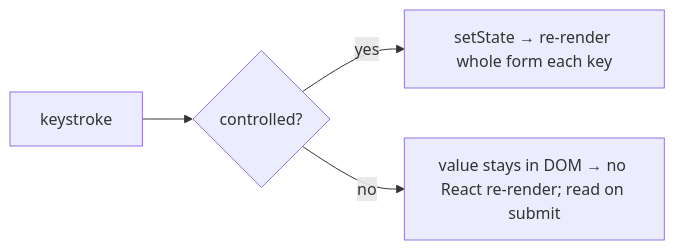
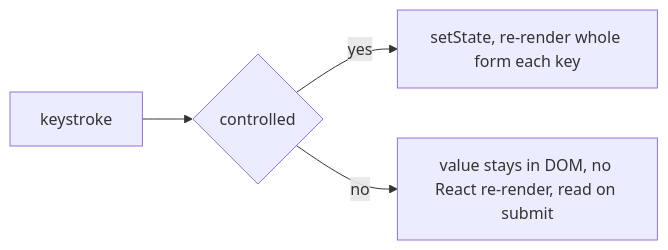
One commit to ashishxcode/frontend-internals changed the diagram in packages/content/content/18-forms-validation.mdx. Above: the diagram before and after it, drawn with Mermaid. The commit also changed other lines of this file and 29 other files, not shown here.

Commit message:
rewrite: roadmap engineer-to-engineer + all 34 chapters new spec

````diff
--- a/packages/content/content/18-forms-validation.mdx
+++ b/packages/content/content/18-forms-validation.mdx
@@ -69,6 +24,6 @@
 ```mermaid
 flowchart LR
-  key[keystroke] --> ctrl{controlled?}
-  ctrl -->|yes| st[setState → re-render whole form each key]
-  ctrl -->|no| dom[value stays in DOM → no React re-render; read on submit]
+  key[keystroke] --> ctrl{controlled}
+  ctrl -->|yes| st[setState, re-render whole form each key]
+  ctrl -->|no| dom[value stays in DOM, no React re-render, read on submit]
 ```
````
